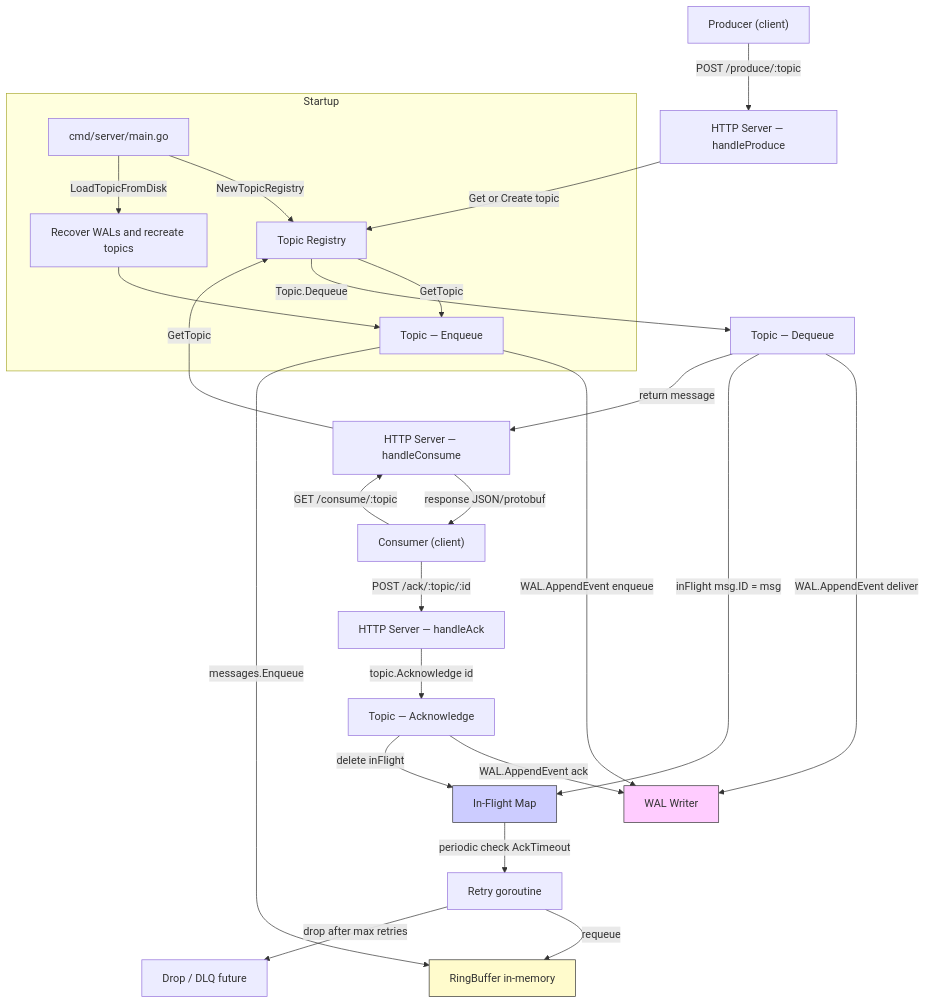
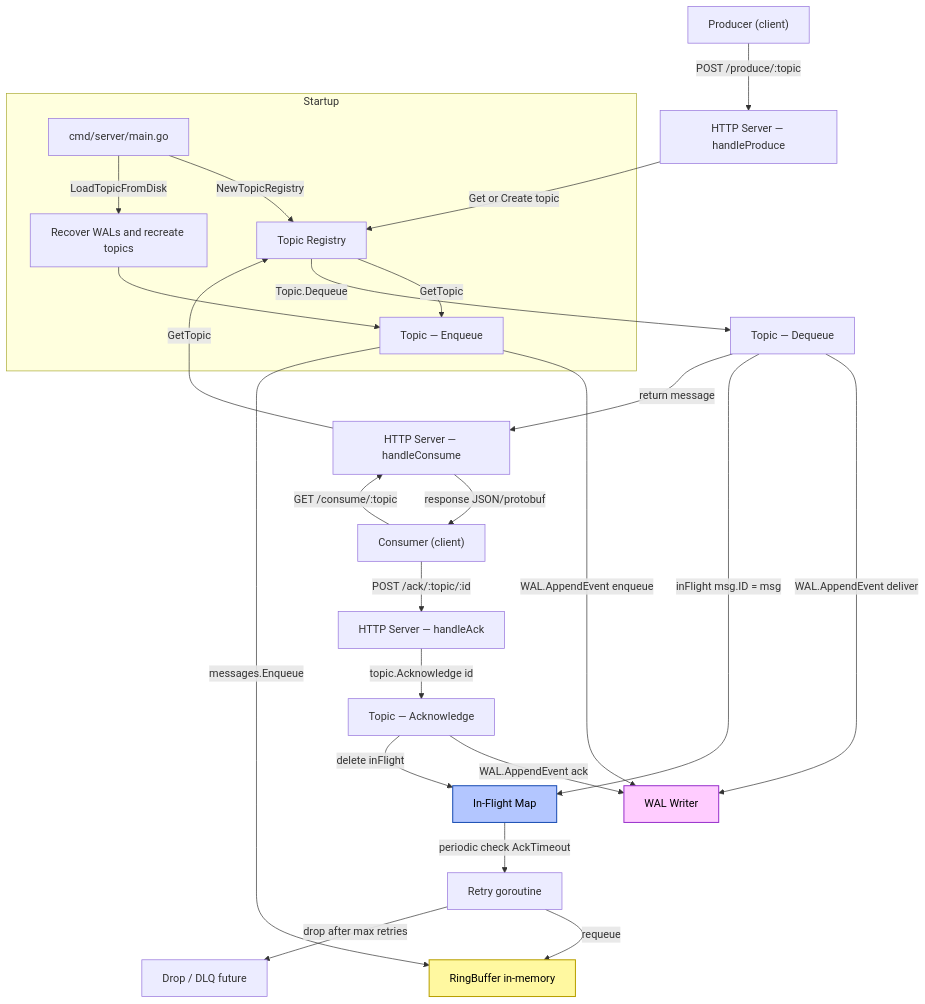
The diagram in FLOW.md (suman7383/go-queue), drawn with Mermaid before and after one commit.

Commit message:
docs(FLOW): fix node text visibility in Mermaid diagram
Add explicit color:#000000 to WAL Writer, RingBuffer, and In-Flight Map
node styles so label text renders in solid black against their pastel
backgrounds. Also deepened the stroke colours for better contrast.

````diff
--- a/FLOW.md
+++ b/FLOW.md
@@ -18,35 +18,35 @@
 ```mermaid
 flowchart TD
   Producer["Producer (client)"] -->|POST /produce/:topic| Http["HTTP Server — handleProduce"]
   Http -->|Get or Create topic| Registry["Topic Registry"]
   Registry -->|GetTopic| TopicEnq["Topic — Enqueue"]
   TopicEnq -->|WAL.AppendEvent enqueue| WAL["WAL Writer"]
   TopicEnq -->|messages.Enqueue| Ring["RingBuffer in-memory"]
 
   Consumer["Consumer (client)"] -->|GET /consume/:topic| HttpConsume["HTTP Server — handleConsume"]
   HttpConsume -->|GetTopic| Registry
   Registry -->|Topic.Dequeue| TopicDeq["Topic — Dequeue"]
   TopicDeq -->|WAL.AppendEvent deliver| WAL
   TopicDeq -->|"inFlight msg.ID = msg"| InFlight["In-Flight Map"]
   TopicDeq -->|return message| HttpConsume
   HttpConsume -->|"response JSON/protobuf"| Consumer
 
   Consumer -->|POST /ack/:topic/:id| HttpAck["HTTP Server — handleAck"]
   HttpAck -->|topic.Acknowledge id| TopicAck["Topic — Acknowledge"]
   TopicAck -->|WAL.AppendEvent ack| WAL
   TopicAck -->|delete inFlight| InFlight
 
   InFlight -->|"periodic check AckTimeout"| Retry["Retry goroutine"]
   Retry -->|requeue| Ring
   Retry -->|drop after max retries| Drop["Drop / DLQ future"]
 
   subgraph Startup
     Main["cmd/server/main.go"] -->|NewTopicRegistry| Registry
     Main -->|LoadTopicFromDisk| Recover["Recover WALs and recreate topics"]
     Recover --> TopicEnq
   end
 
-  style WAL fill:#ffccff,stroke:#333,stroke-width:1px
-  style Ring fill:#fffbcc,stroke:#333
-  style InFlight fill:#ccf,stroke:#333
+  style WAL fill:#ffccff,stroke:#9933cc,stroke-width:1.5px,color:#000000
+  style Ring fill:#fff8a0,stroke:#b8a000,stroke-width:1.5px,color:#000000
+  style InFlight fill:#b3c6ff,stroke:#1a4db3,stroke-width:1.5px,color:#000000
 ```
````
